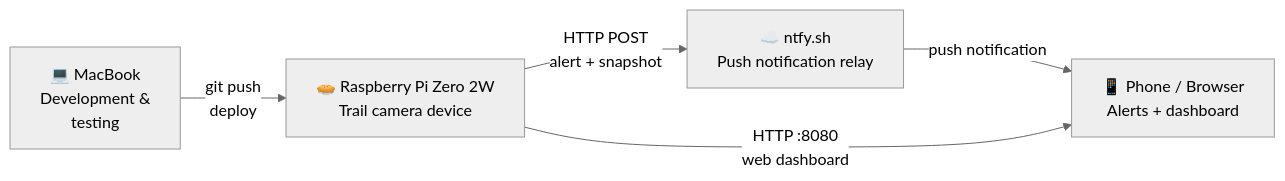
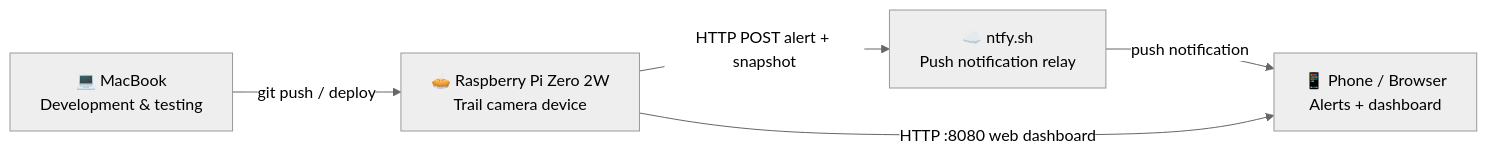
The first of 7 diagrams in docs/architecture.md (bharperames/DeerHunter), drawn with Mermaid (neutral theme) before and after one commit. The commit also changed other lines of this file, not shown here.

First line of the commit message:
docs: expand architecture.md with BOM, power budget detail, and Mermaid fixes

````diff
--- a/docs/architecture.md
+++ b/docs/architecture.md
@@ -7,12 +7,16 @@
 ```mermaid
 flowchart LR
-  DEV["💻 MacBook\nDevelopment &\ntesting"]
-  PI["🥧 Raspberry Pi Zero 2W\nTrail camera device"]
-  NTFY["☁️ ntfy.sh\nPush notification relay"]
-  PHONE["📱 Phone / Browser\nAlerts + dashboard"]
+  DEV["💻 MacBook
+Development & testing"]
+  PI["🥧 Raspberry Pi Zero 2W
+Trail camera device"]
+  NTFY["☁️ ntfy.sh
+Push notification relay"]
+  PHONE["📱 Phone / Browser
+Alerts + dashboard"]
 
-  DEV -- "git push\ndeploy" --> PI
-  PI -- "HTTP POST\nalert + snapshot" --> NTFY
+  DEV -- "git push / deploy" --> PI
+  PI -- "HTTP POST alert + snapshot" --> NTFY
   NTFY -- "push notification" --> PHONE
-  PI -- "HTTP :8080\nweb dashboard" --> PHONE
+  PI -- "HTTP :8080 web dashboard" --> PHONE
 ```
````
